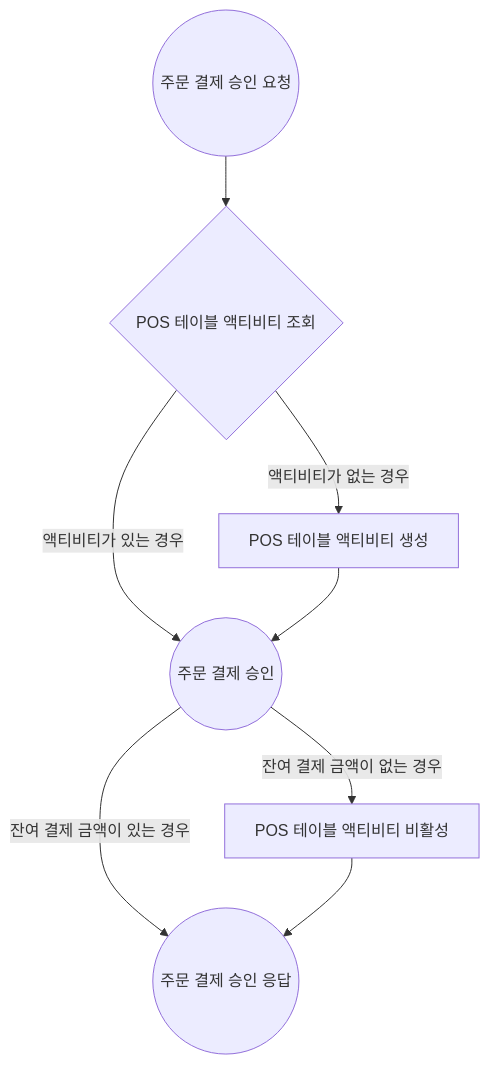
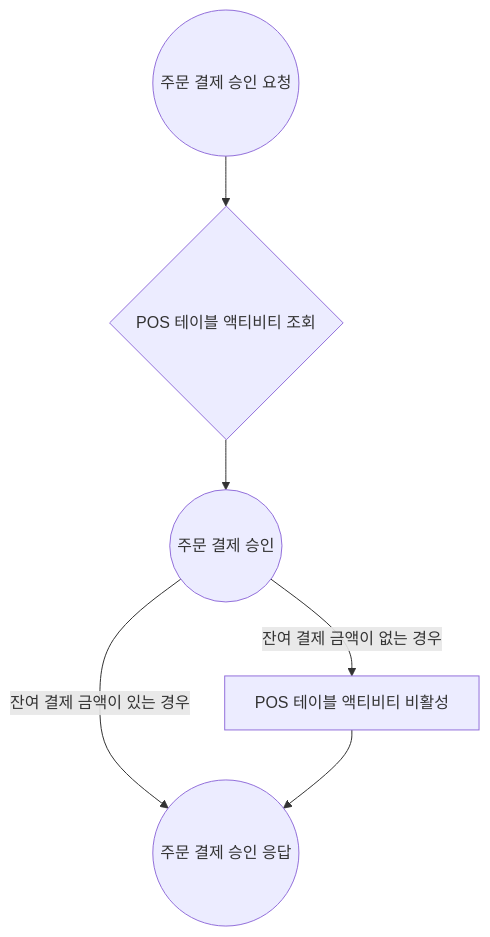
The tenth of 10 diagrams in docs/UML.md (everyonewaiter/everyonewaiter-api), drawn with Mermaid before and after one commit. The commit also changed other lines of this file and 8 other files, not shown here.

````diff
--- a/docs/UML.md
+++ b/docs/UML.md
@@ -165,10 +187,8 @@
 ```mermaid
 flowchart TD
     A((주문 결제 승인 요청)) --> B{POS 테이블 액티비티 조회}
-    B -- 액티비티가 있는 경우 --> C((주문 결제 승인))
-    B -- 액티비티가 없는 경우 --> D[POS 테이블 액티비티 생성]
-    D --> C
+    B --> C((주문 결제 승인))
     C -- 잔여 결제 금액이 있는 경우 --> E((주문 결제 승인 응답))
     C -- 잔여 결제 금액이 없는 경우 --> F[POS 테이블 액티비티 비활성]
     F --> E
 ```
````
